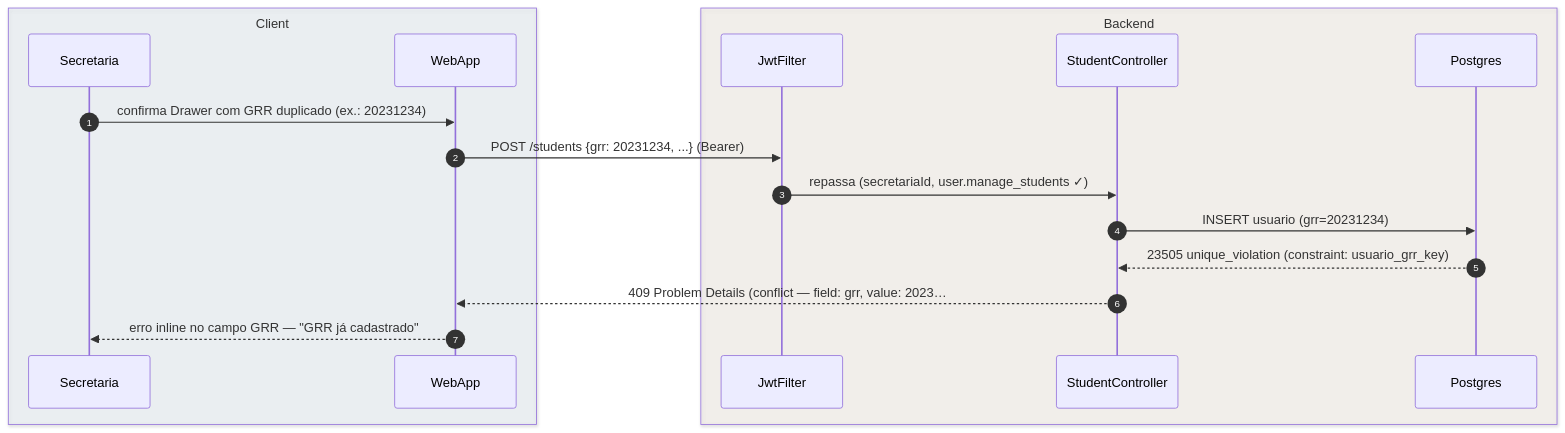
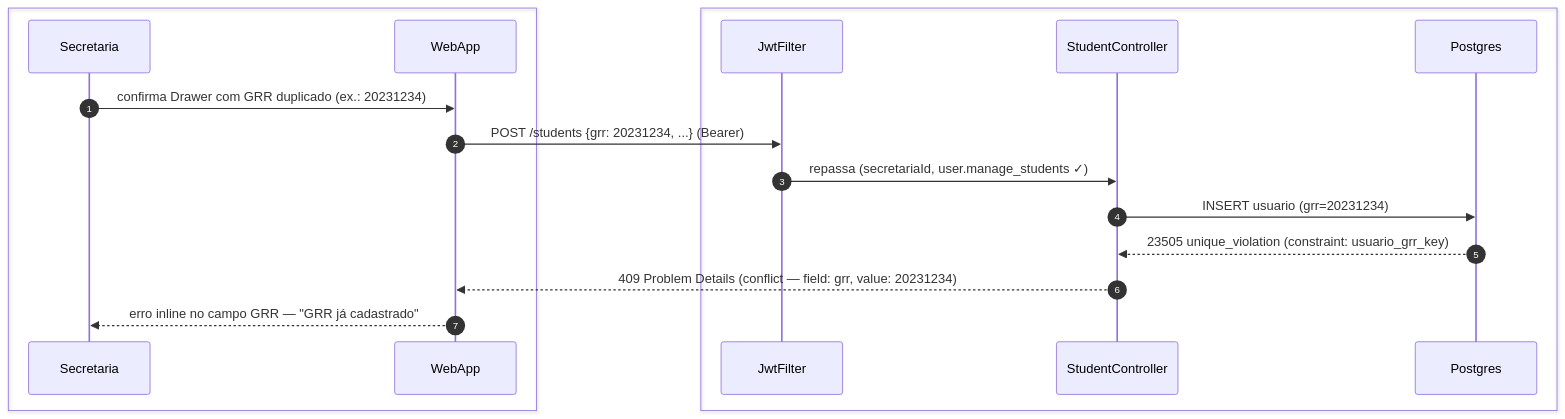
One commit to umishell/secretariaOnline2 changed the sixth of 8 diagrams in foundationDocs/sequenceDiagrams/F5 — Secretaria/US-F5-003-GESTAO-ALUNOS.md. Above: the diagram before and after it, drawn with Mermaid. The commit also changed other lines of this file and 70 other files, not shown here.

First line of the commit message:
Enhance database documentation and introduce new schema files

````diff
--- a/foundationDocs/sequenceDiagrams/F5 — Secretaria/US-F5-003-GESTAO-ALUNOS.md
+++ b/foundationDocs/sequenceDiagrams/F5 — Secretaria/US-F5-003-GESTAO-ALUNOS.md
@@ -258,21 +258,21 @@
 ```mermaid
 sequenceDiagram
     autonumber
-    box rgba(230,245,255,0.3) Client
+    box #e8f4fc Cliente
         participant Secretaria
         participant WebApp
     end
-    box rgba(255,245,230,0.3) Backend
+    box #fff8ee Servidor
         participant JwtFilter
         participant StudentController
         participant Postgres
     end
 
     Secretaria->>WebApp: confirma Drawer com GRR duplicado (ex.: 20231234)
     WebApp->>JwtFilter: POST /students {grr: 20231234, ...} (Bearer)
     JwtFilter->>StudentController: repassa (secretariaId, user.manage_students ✓)
     StudentController->>Postgres: INSERT usuario (grr=20231234)
     Postgres-->>StudentController: 23505 unique_violation (constraint: usuario_grr_key)
-    StudentController-->>WebApp: 409 Problem Details (conflict — field: grr, value: 2023…
+    StudentController-->>WebApp: 409 Problem Details (conflict — field: grr, value: 20231234)
     WebApp-->>Secretaria: erro inline no campo GRR — "GRR já cadastrado"
 ```
````
